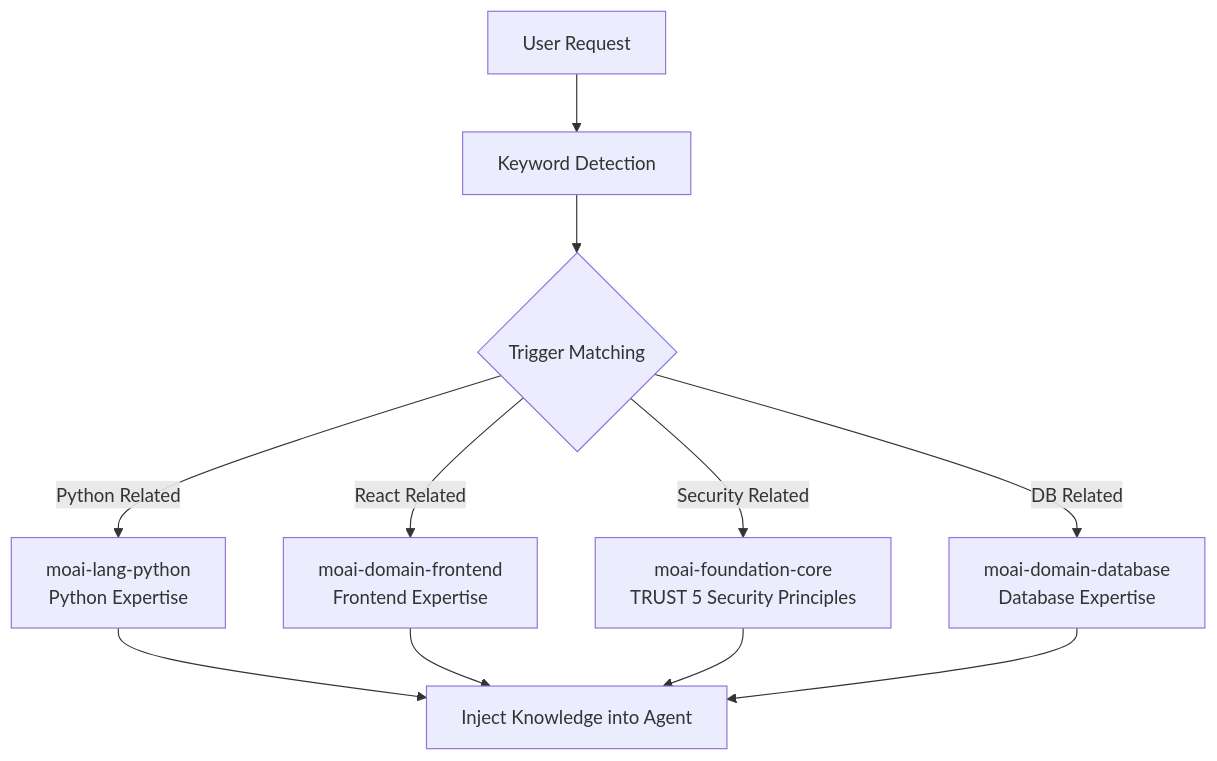
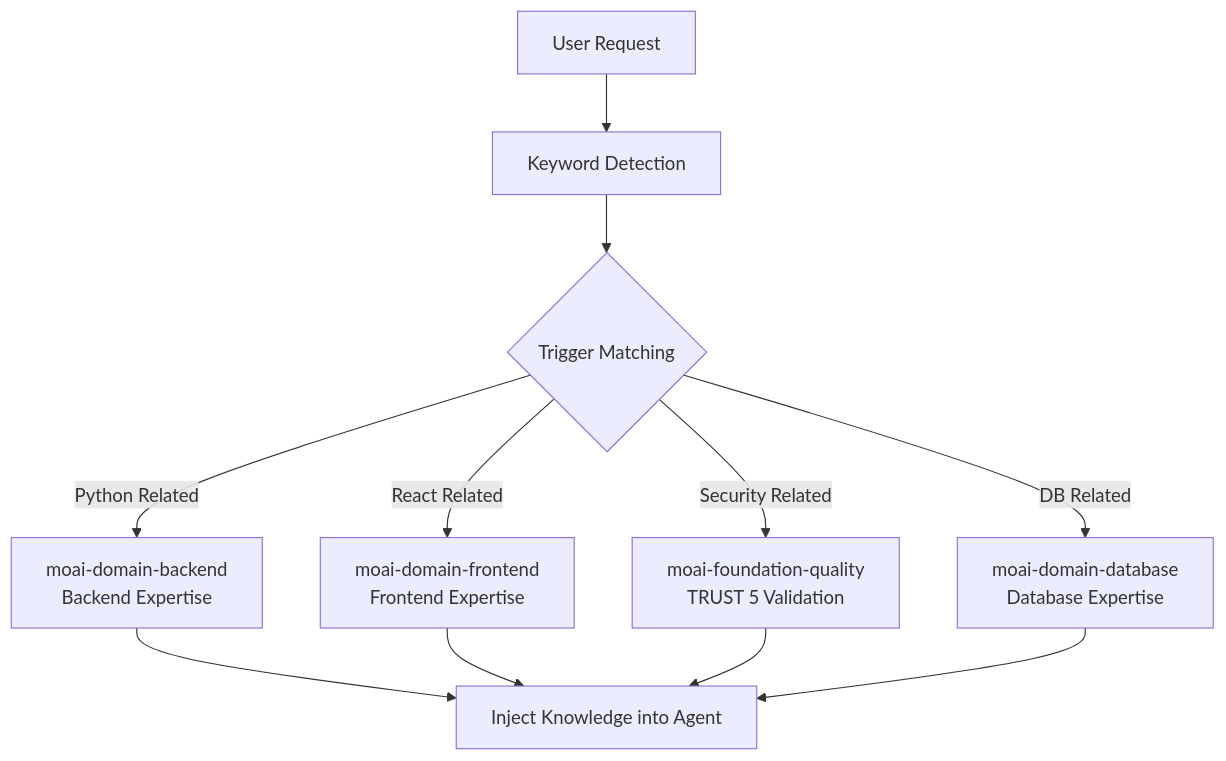
The first of 4 diagrams in docs-site/content/en/advanced/skill-guide.md (modu-ai/moai-adk), drawn with Mermaid before and after one commit. The commit also changed other lines of this file and 153 other files, not shown here.

````diff
--- a/docs-site/content/en/advanced/skill-guide.md
+++ b/docs-site/content/en/advanced/skill-guide.md
@@ -45,14 +45,14 @@
 ```mermaid
 flowchart TD
     USER[User Request] --> DETECT[Keyword Detection]
     DETECT --> TRIGGER{Trigger Matching}
-    TRIGGER -->|Python Related| PY["moai-lang-python<br>Python Expertise"]
+    TRIGGER -->|Python Related| PY["moai-domain-backend<br>Backend Expertise"]
     TRIGGER -->|React Related| FE["moai-domain-frontend<br>Frontend Expertise"]
-    TRIGGER -->|Security Related| SEC["moai-foundation-core<br>TRUST 5 Security Principles"]
+    TRIGGER -->|Security Related| SEC["moai-foundation-quality<br>TRUST 5 Validation"]
     TRIGGER -->|DB Related| DB["moai-domain-database<br>Database Expertise"]
 
     PY --> AGENT[Inject Knowledge into Agent]
     FE --> AGENT
     SEC --> AGENT
     DB --> AGENT
 ```
````
